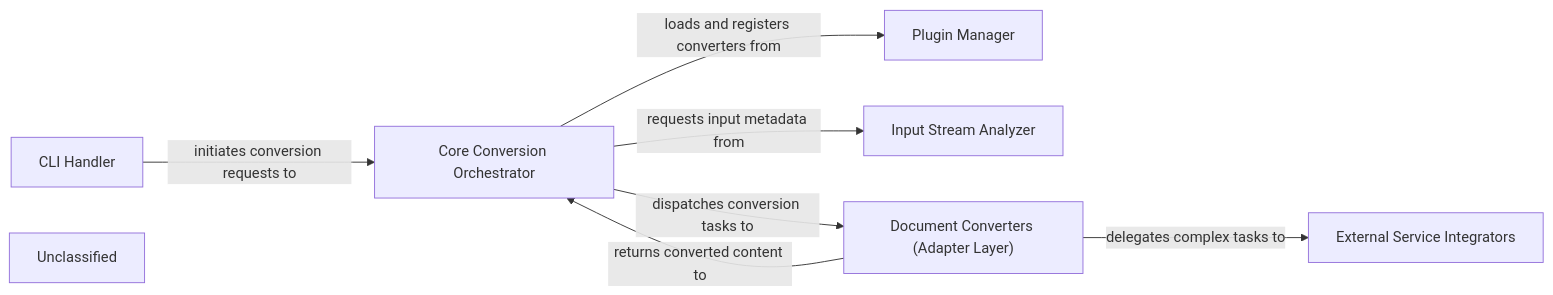
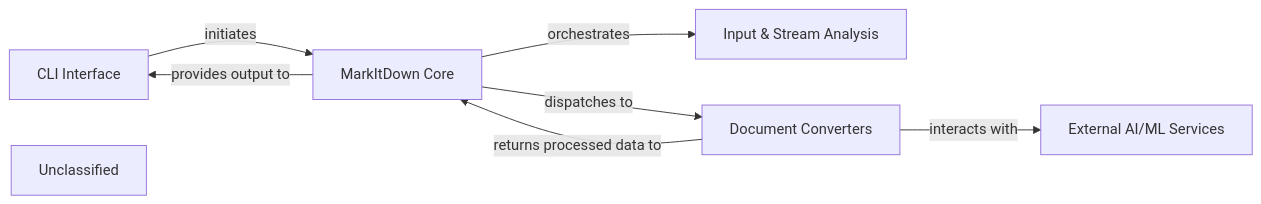
One commit to CodeBoarding/GeneratedOnBoardings changed the diagram in markitdown/on_boarding.md. Above: the diagram before and after it, drawn with Mermaid. The commit also changed other lines of this file and 11 other files, not shown here.

````diff
--- a/markitdown/on_boarding.md
+++ b/markitdown/on_boarding.md
@@ -1,22 +1,20 @@
 ```mermaid
 graph LR
-    CLI_Handler["CLI Handler"]
-    Core_Conversion_Orchestrator["Core Conversion Orchestrator"]
-    Plugin_Manager["Plugin Manager"]
-    Input_Stream_Analyzer["Input Stream Analyzer"]
-    Document_Converters_Adapter_Layer_["Document Converters (Adapter Layer)"]
-    External_Service_Integrators["External Service Integrators"]
+    CLI_Interface["CLI Interface"]
+    MarkItDown_Core["MarkItDown Core"]
+    Input_Stream_Analysis["Input & Stream Analysis"]
+    Document_Converters["Document Converters"]
+    External_AI_ML_Services["External AI/ML Services"]
     Unclassified["Unclassified"]
-    CLI_Handler -- "initiates conversion requests to" --> Core_Conversion_Orchestrator
-    Core_Conversion_Orchestrator -- "loads and registers converters from" --> Plugin_Manager
-    Core_Conversion_Orchestrator -- "requests input metadata from" --> Input_Stream_Analyzer
-    Core_Conversion_Orchestrator -- "dispatches conversion tasks to" --> Document_Converters_Adapter_Layer_
-    Document_Converters_Adapter_Layer_ -- "returns converted content to" --> Core_Conversion_Orchestrator
-    Document_Converters_Adapter_Layer_ -- "delegates complex tasks to" --> External_Service_Integrators
-    click CLI_Handler href "https://github.com/CodeBoarding/GeneratedOnBoardings/blob/main/markitdown/CLI_Handler.md" "Details"
-    click Core_Conversion_Orchestrator href "https://github.com/CodeBoarding/GeneratedOnBoardings/blob/main/markitdown/Core_Conversion_Orchestrator.md" "Details"
-    click Plugin_Manager href "https://github.com/CodeBoarding/GeneratedOnBoardings/blob/main/markitdown/Plugin_Manager.md" "Details"
-    click Input_Stream_Analyzer href "https://github.com/CodeBoarding/GeneratedOnBoardings/blob/main/markitdown/Input_Stream_Analyzer.md" "Details"
-    click Document_Converters_Adapter_Layer_ href "https://github.com/CodeBoarding/GeneratedOnBoardings/blob/main/markitdown/Document_Converters_Adapter_Layer_.md" "Details"
-    click External_Service_Integrators href "https://github.com/CodeBoarding/GeneratedOnBoardings/blob/main/markitdown/External_Service_Integrators.md" "Details"
+    CLI_Interface -- "initiates" --> MarkItDown_Core
+    MarkItDown_Core -- "orchestrates" --> Input_Stream_Analysis
+    MarkItDown_Core -- "dispatches to" --> Document_Converters
+    Document_Converters -- "interacts with" --> External_AI_ML_Services
+    Document_Converters -- "returns processed data to" --> MarkItDown_Core
+    MarkItDown_Core -- "provides output to" --> CLI_Interface
+    click CLI_Interface href "https://github.com/CodeBoarding/GeneratedOnBoardings/blob/main/markitdown/CLI_Interface.md" "Details"
+    click MarkItDown_Core href "https://github.com/CodeBoarding/GeneratedOnBoardings/blob/main/markitdown/MarkItDown_Core.md" "Details"
+    click Input_Stream_Analysis href "https://github.com/CodeBoarding/GeneratedOnBoardings/blob/main/markitdown/Input_Stream_Analysis.md" "Details"
+    click Document_Converters href "https://github.com/CodeBoarding/GeneratedOnBoardings/blob/main/markitdown/Document_Converters.md" "Details"
+    click External_AI_ML_Services href "https://github.com/CodeBoarding/GeneratedOnBoardings/blob/main/markitdown/External_AI_ML_Services.md" "Details"
 ```
````
